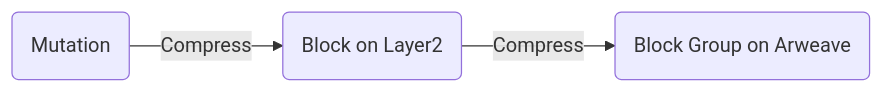
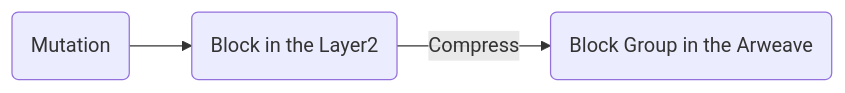
One commit to dbpunk-labs/DIPs changed the third of 4 diagrams in dips/dip-000.md. Above: the diagram before and after it, drawn with Mermaid. The commit also changed other lines of this file and 1 other file, not shown here.

Commit message:
feat: update the  desc of data flow

````diff
--- a/dips/dip-000.md
+++ b/dips/dip-000.md
@@ -51,5 +51,5 @@
 ```mermaid
 flowchart LR
-    m(Mutation) -->|Compress| B(Block on Layer2)
-    B --> |Compress|BG(Block Group on Arweave)
+    m(Mutation) --> B(Block in the Layer2)
+    B --> |Compress|BG(Block Group in the Arweave)
 ```
````
